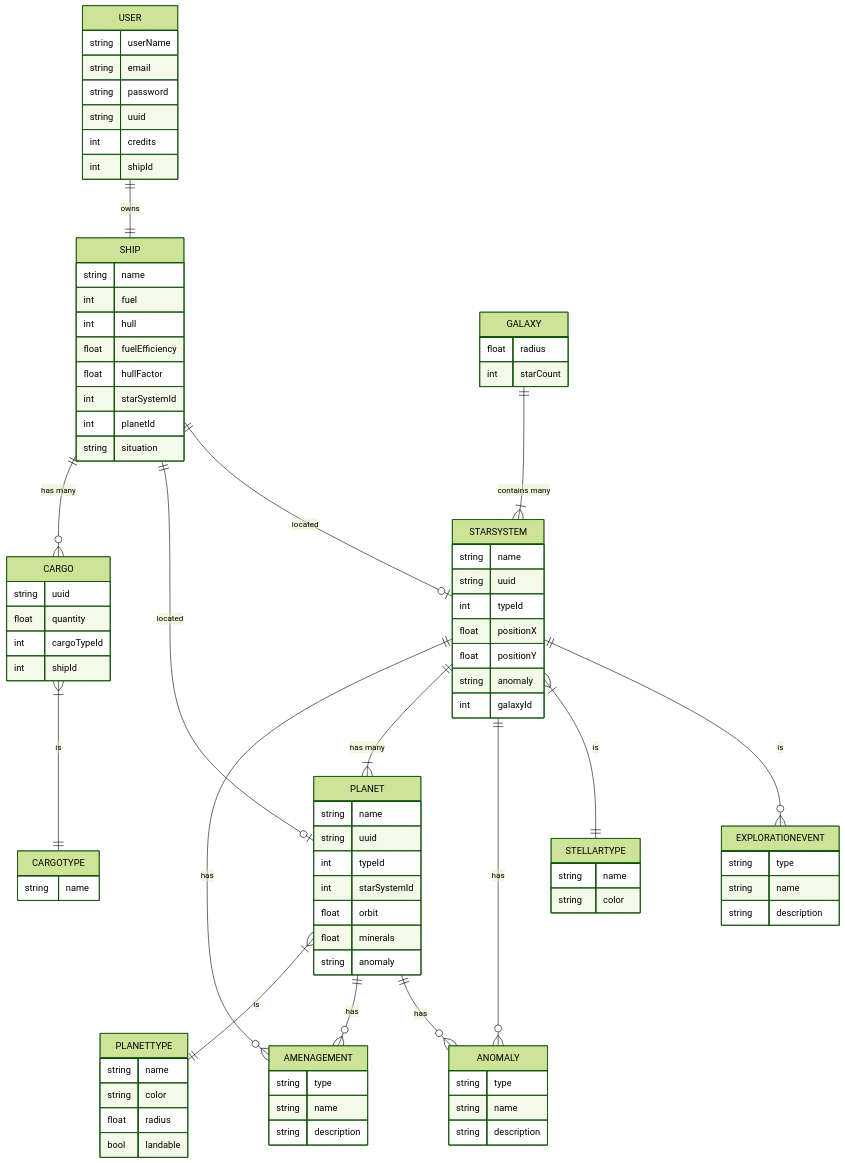
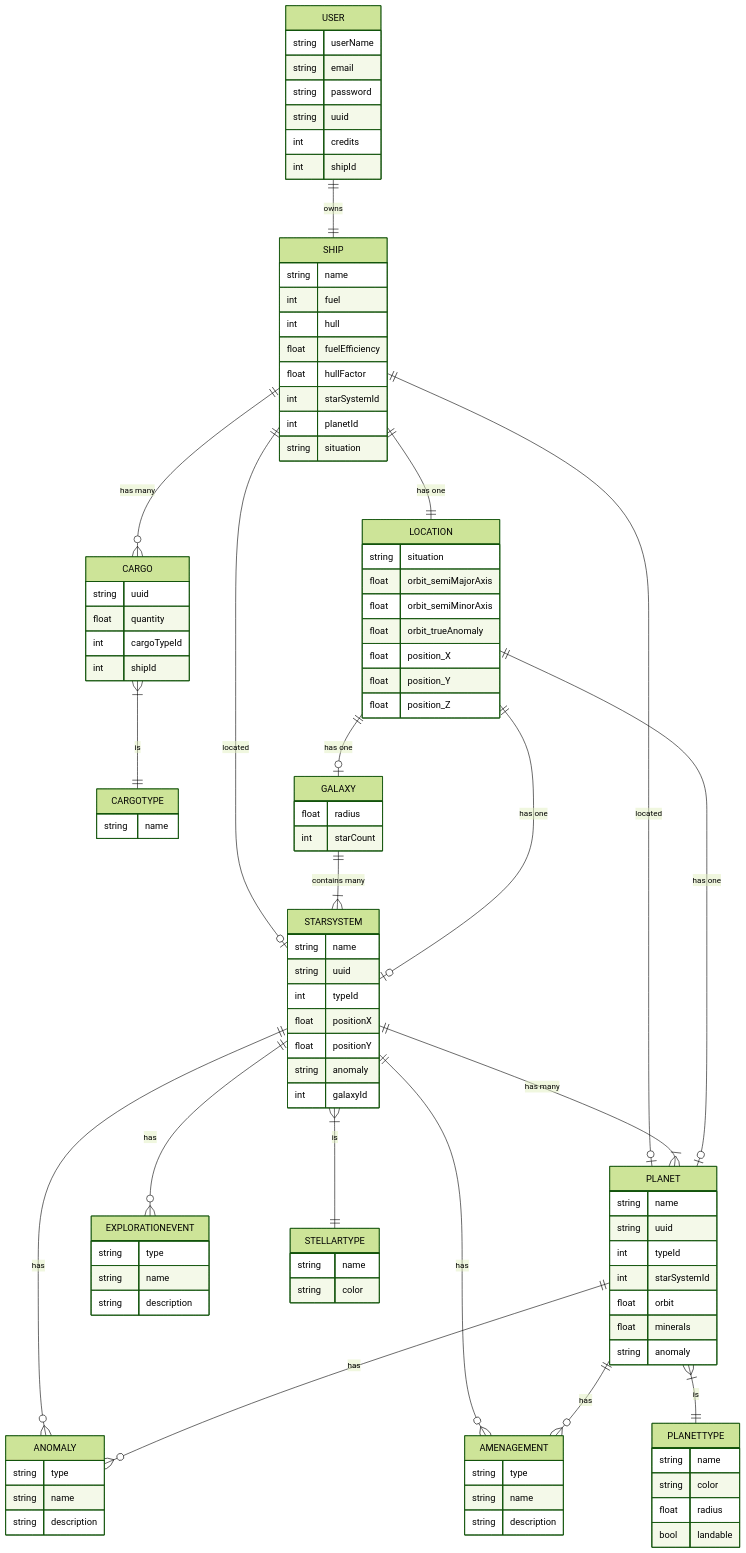
One commit to QuentinVB/VueFTL changed the diagram in vue-ftl-database/README.md. Above: the diagram before and after it, drawn with Mermaid (forest theme). The commit also changed other lines of this file and 12 other files, not shown here.

````diff
--- a/vue-ftl-database/README.md
+++ b/vue-ftl-database/README.md
@@ -22,6 +23,7 @@
     SHIP ||--o| STARSYSTEM : located
     SHIP ||--o| PLANET : located
     SHIP ||--o{ CARGO : "has many"
+    SHIP ||--|| LOCATION : "has one"
     SHIP {
         string name
         int fuel
@@ -47,7 +49,7 @@
         float radius
         int starCount
     }
-    STARSYSTEM ||--o{ EXPLORATIONEVENT : is
+    STARSYSTEM ||--o{ EXPLORATIONEVENT : has
     STARSYSTEM }|--|| STELLARTYPE : is
     STARSYSTEM ||--o{ ANOMALY : has
     STARSYSTEM ||--|{ PLANET : "has many"
@@ -98,5 +100,16 @@
         string name
         string description
     }
-
+    LOCATION ||--o| PLANET : "has one"
+    LOCATION ||--o| STARSYSTEM : "has one"
+    LOCATION ||--o| GALAXY : "has one"
+    LOCATION {
+        string situation
+        float orbit_semiMajorAxis
+        float orbit_semiMinorAxis
+        float orbit_trueAnomaly
+        float position_X
+        float position_Y
+        float position_Z
+    }
 ```
````
